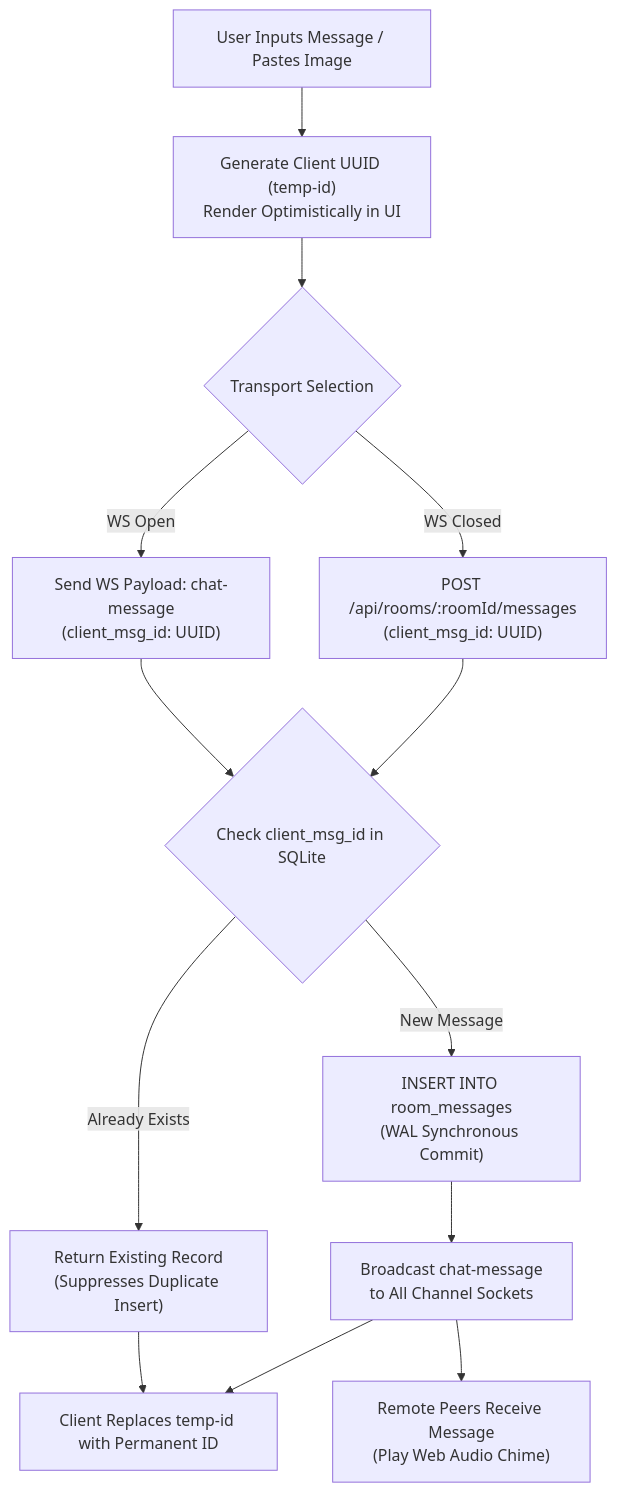
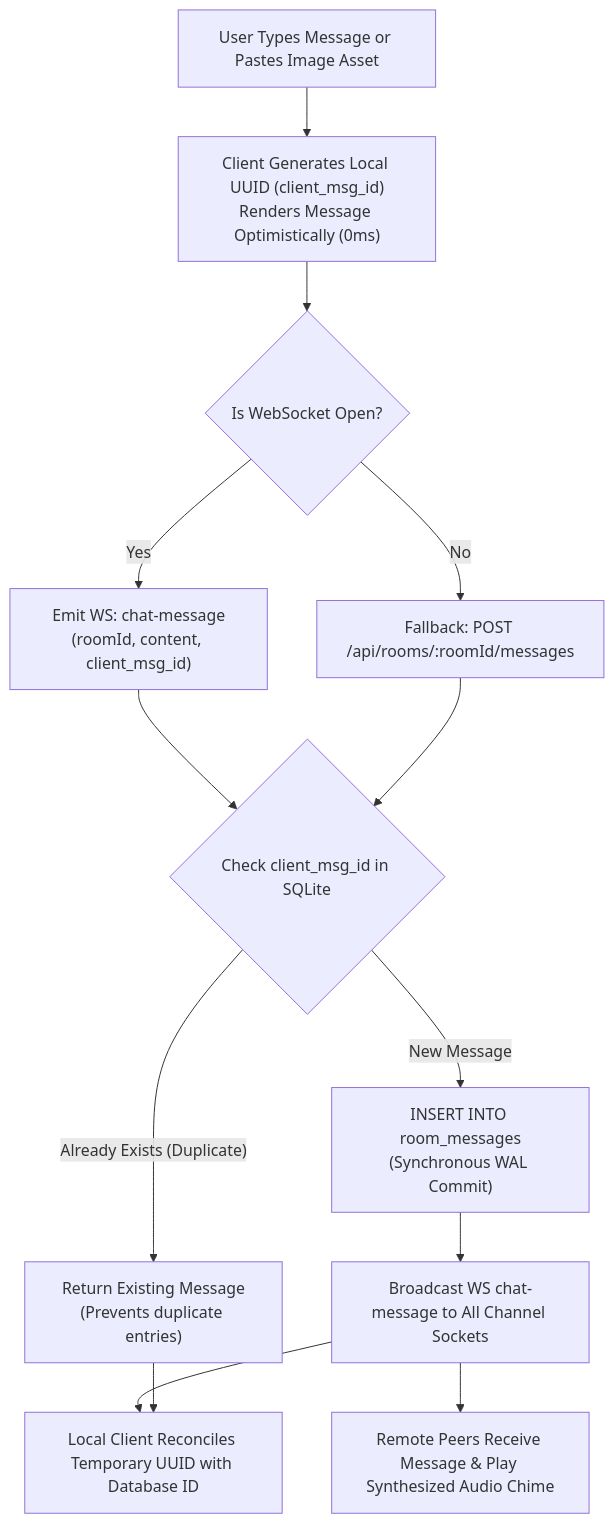
Before and after one commit to itssagarK/meetManager: the fifth of 10 diagrams in PROJECT_DOCUMENTATION.md, drawn with Mermaid. The commit also changed other lines of this file and 3 other files, not shown here.

````diff
--- a/PROJECT_DOCUMENTATION.md
+++ b/PROJECT_DOCUMENTATION.md
@@ -402,19 +402,19 @@
 ```mermaid
 flowchart TD
-    UserSend["User Inputs Message / Pastes Image"] --> ClientOptimistic["Generate Client UUID (temp-id)\nRender Optimistically in UI"]
-    
-    ClientOptimistic --> TransportChoice{"Transport Selection"}
-    TransportChoice -- WS Open --> WSSend["Send WS Payload: chat-message\n(client_msg_id: UUID)"]
-    TransportChoice -- WS Closed --> RESTSend["POST /api/rooms/:roomId/messages\n(client_msg_id: UUID)"]
+    Composer["User Types Message or Pastes Image Asset"] --> GenUUID["Client Generates Local UUID (client_msg_id)\nRenders Message Optimistically (0ms)"]
 
-    WSSend --> ServerDedupe{"Check client_msg_id in SQLite"}
-    RESTSend --> ServerDedupe
+    GenUUID --> CheckWS{"Is WebSocket Open?"}
+    CheckWS -- Yes --> EmitWS["Emit WS: chat-message\n(roomId, content, client_msg_id)"]
+    CheckWS -- No --> PostREST["Fallback: POST /api/rooms/:roomId/messages"]
 
-    ServerDedupe -- Already Exists --> ReturnExisting["Return Existing Record\n(Suppresses Duplicate Insert)"]
-    ServerDedupe -- New Message --> SQLiteInsert["INSERT INTO room_messages\n(WAL Synchronous Commit)"]
+    EmitWS --> ServerCheck{"Check client_msg_id in SQLite"}
+    PostREST --> ServerCheck
 
-    SQLiteInsert --> WSBroadcast["Broadcast chat-message\nto All Channel Sockets"]
-    WSBroadcast --> PeerReceive["Remote Peers Receive Message\n(Play Web Audio Chime)"]
-    ReturnExisting --> ClientReconcile["Client Replaces temp-id with Permanent ID"]
-    WSBroadcast --> ClientReconcile
+    ServerCheck -- "Already Exists (Duplicate)" --> ReturnExisting["Return Existing Message\n(Prevents duplicate entries)"]
+    ServerCheck -- "New Message" --> SaveDB["INSERT INTO room_messages\n(Synchronous WAL Commit)"]
+
+    SaveDB --> BroadcastAll["Broadcast WS chat-message to All Channel Sockets"]
+    BroadcastAll --> PlayChime["Remote Peers Receive Message & Play Synthesized Audio Chime"]
+    BroadcastAll --> ReconcileClient["Local Client Reconciles Temporary UUID with Database ID"]
+    ReturnExisting --> ReconcileClient
 ```
````
